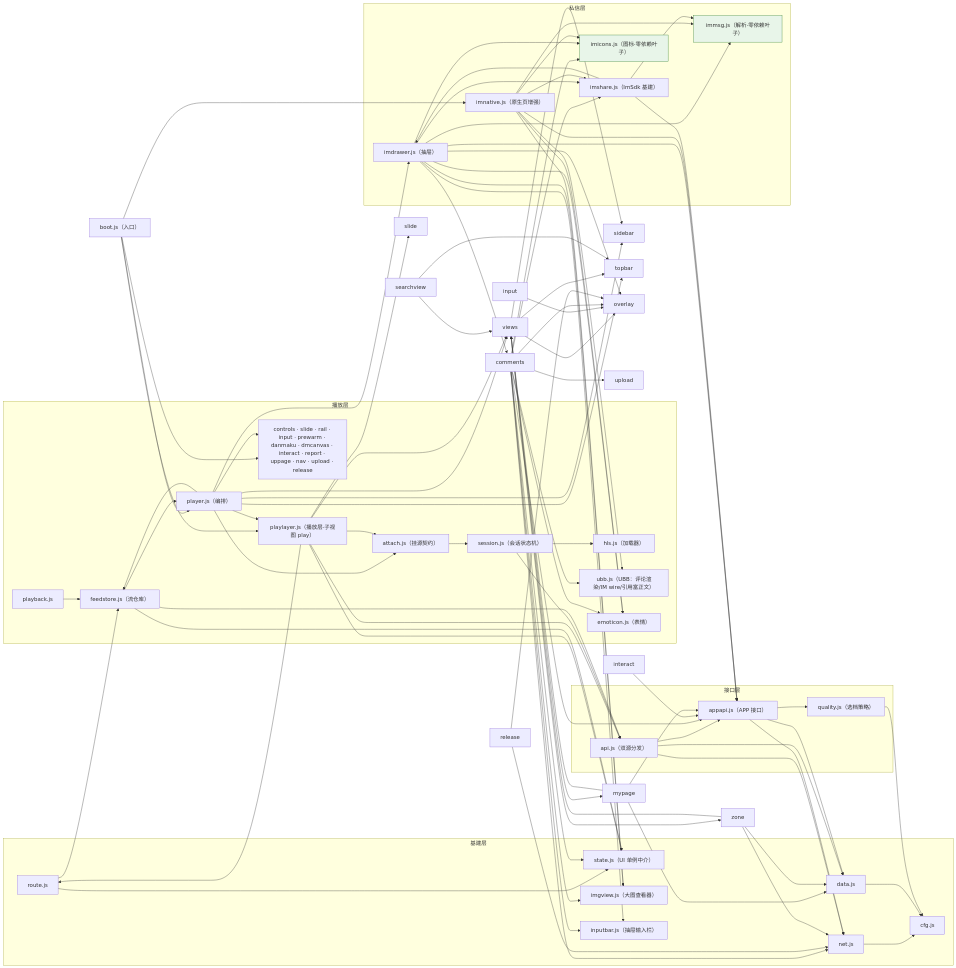
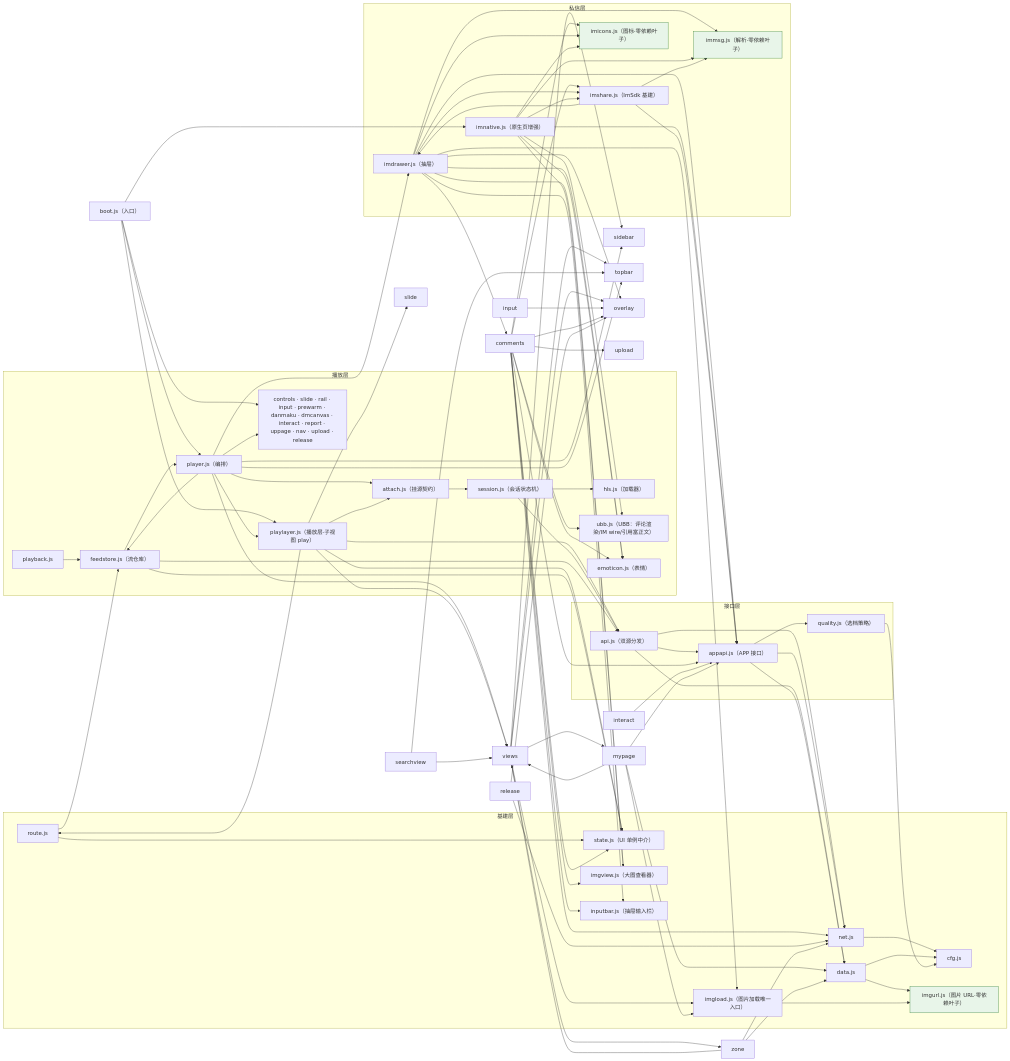
One commit to name-xxl/acfun-svfeed changed the diagram in README.md. Above: the diagram before and after it, drawn with Mermaid. The commit also changed other lines of this file and 15 other files, not shown here.

First line of the commit message:
0.9.76：封面加载策略（URL 归一/失败重试链/终败降级）——图片加载收成单一入口

````diff
--- a/README.md
+++ b/README.md
@@ -1688,71 +1728,75 @@
 ```mermaid
 flowchart LR
   subgraph base["基建层"]
     cfg["cfg.js"]
     net["net.js"]
     data["data.js"]
     state["state.js（UI 单例中介）"]
     route["route.js"]
     imgview["imgview.js（大图查看器）"]
     inputbar["inputbar.js（抽屉输入栏）"]
+    imgurl["imgurl.js（图片 URL·零依赖叶子）"]
+    imgload["imgload.js（图片加载唯一入口）"]
   end
 
   subgraph apilayer["接口层"]
     api["api.js（双源分发）"]
     appapi["appapi.js（APP 接口）"]
     quality["quality.js（选档策略）"]
   end
 
   subgraph play["播放层"]
     hls["hls.js（加载器）"]
     session["session.js（会话状态机）"]
     attach["attach.js（挂源契约）"]
     player["player.js（编排）"]
     feedstore["feedstore.js（流仓库）"]
     pb["playback.js"]
     ubb["ubb.js（UBB：评论渲染/IM wire/引用富正文）"]
     emoticon["emoticon.js（表情）"]
     playlayer["playlayer.js（播放层·子视图 play）"]
     others["controls · slide · rail · input · prewarm · danmaku · dmcanvas · interact · report · uppage · nav · upload · release"]
   end
 
   subgraph im["私信层"]
     imshare["imshare.js（ImSdk 基建）"]
     imdrawer["imdrawer.js（抽屉）"]
     imnative["imnative.js（原生页增强）"]
     immsg["immsg.js（解析·零依赖叶子）"]
     imicons["imicons.js（图标·零依赖叶子）"]
   end
 
   boot["boot.js（入口）"]
 
   net --> cfg
-  data --> cfg
+  data --> cfg & imgurl
   route --> state & feedstore
   quality --> cfg
+  imgload --> imgurl
 
   api --> net & data & appapi
   appapi --> net & data & quality
 
   boot --> player & others & playlayer & imnative
   player --> attach & others & feedstore & imdrawer & views & sidebar & topbar & playlayer
   views --> sidebar & overlay & topbar & mypage & zone
+  views --> imgload
   playlayer --> views & slide & attach & api & state & route
   searchview --> views & topbar
   input --> overlay
   comments --> ubb & emoticon & inputbar & imgview & appapi & net & upload & state & imicons & imshare & overlay
   attach --> session
   session --> api & hls
   pb --> feedstore
   feedstore --> api & state & player
   interact --> appapi
   release --> net & overlay
-  imdrawer --> imshare & immsg & imicons & appapi & emoticon & inputbar & imgview & comments & overlay
+  imdrawer --> imshare & immsg & imicons & appapi & emoticon & inputbar & imgview & comments & overlay & imgload
   imnative --> immsg & imicons & appapi & imshare & emoticon & ubb & imgview
   imshare --> appapi & imdrawer & immsg
-  mypage --> appapi & data & views
+  mypage --> appapi & data & views & imgload
   zone --> net & data & views
 
   classDef leaf fill:#e8f5e9,stroke:#2e7d32;
-  class immsg,imicons leaf;
+  class immsg,imicons,imgurl leaf;
 ```
````
